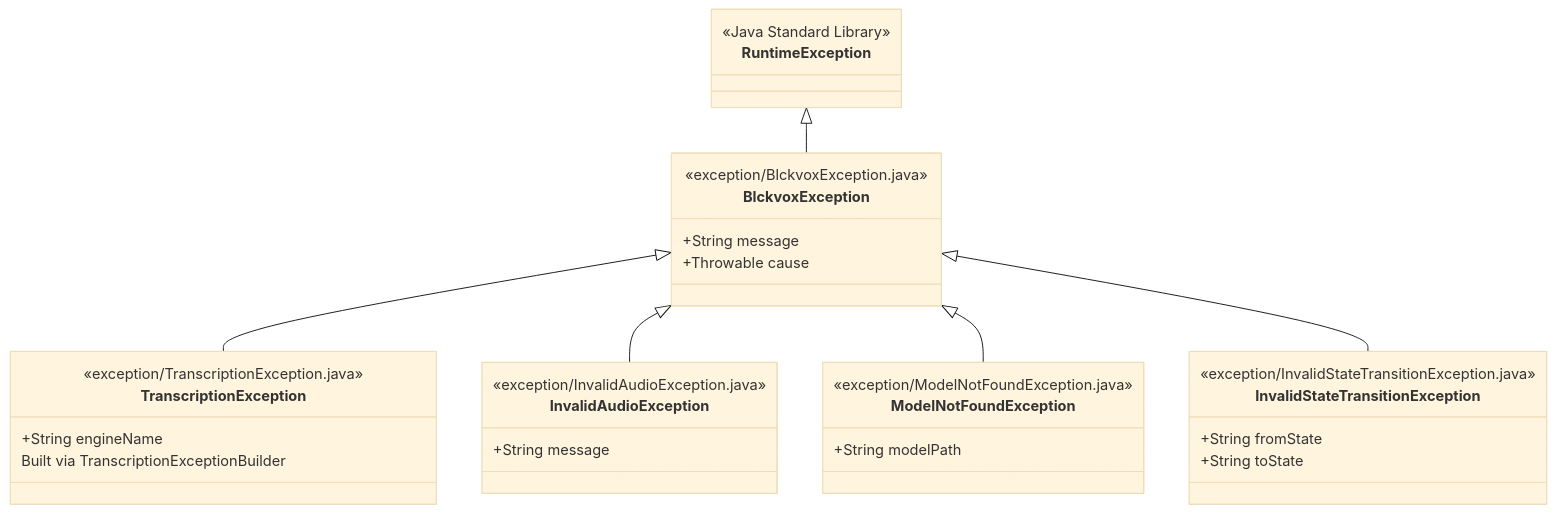
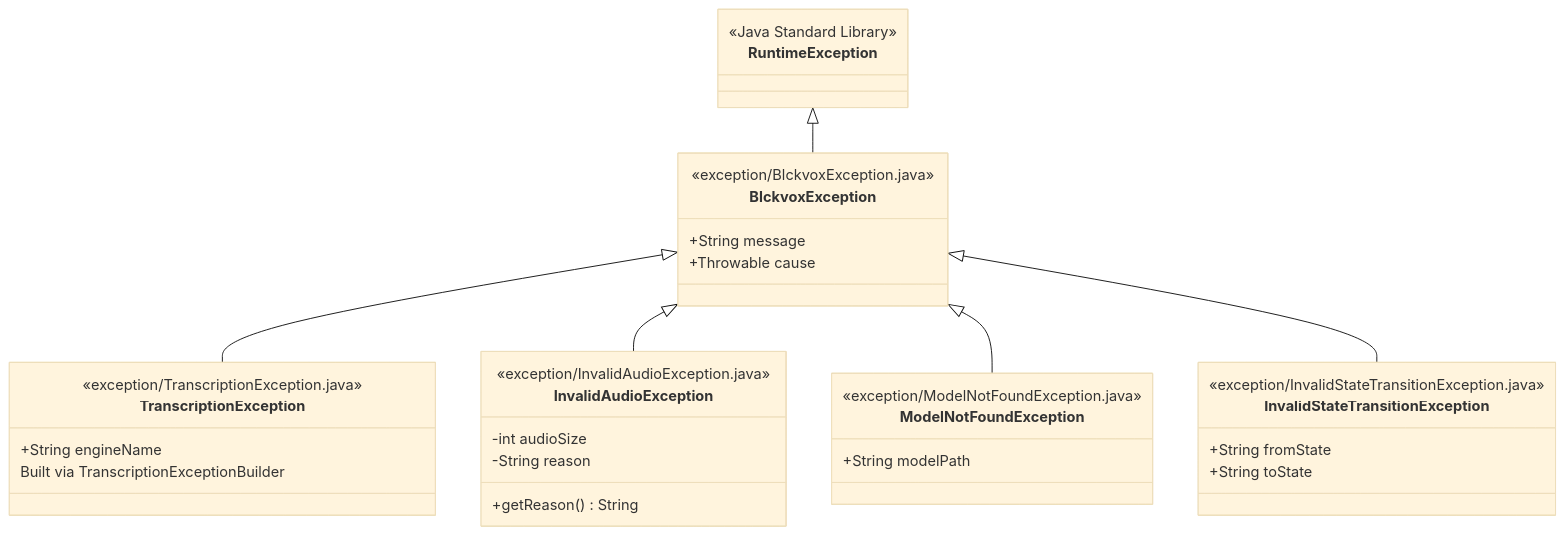
Before and after one commit to phillippitts/speakToMack: the first of 7 diagrams in docs/diagrams/exception-flow.md, drawn with Mermaid (base theme). The commit also changed other lines of this file and 499 other files, not shown here.

````diff
--- a/docs/diagrams/exception-flow.md
+++ b/docs/diagrams/exception-flow.md
@@ -9,42 +9,44 @@
 ```mermaid
 classDiagram
     direction TB
 
     class RuntimeException {
         <<Java Standard Library>>
     }
 
     class BlckvoxException {
         <<exception/BlckvoxException.java>>
         +String message
         +Throwable cause
     }
 
     class TranscriptionException {
         <<exception/TranscriptionException.java>>
         +String engineName
         Built via TranscriptionExceptionBuilder
     }
 
     class InvalidAudioException {
         <<exception/InvalidAudioException.java>>
-        +String message
+        -int audioSize
+        -String reason
+        +getReason() String
     }
 
     class ModelNotFoundException {
         <<exception/ModelNotFoundException.java>>
         +String modelPath
     }
 
     class InvalidStateTransitionException {
         <<exception/InvalidStateTransitionException.java>>
         +String fromState
         +String toState
     }
 
     RuntimeException <|-- BlckvoxException
     BlckvoxException <|-- TranscriptionException
     BlckvoxException <|-- InvalidAudioException
     BlckvoxException <|-- ModelNotFoundException
     BlckvoxException <|-- InvalidStateTransitionException
 ```
````
